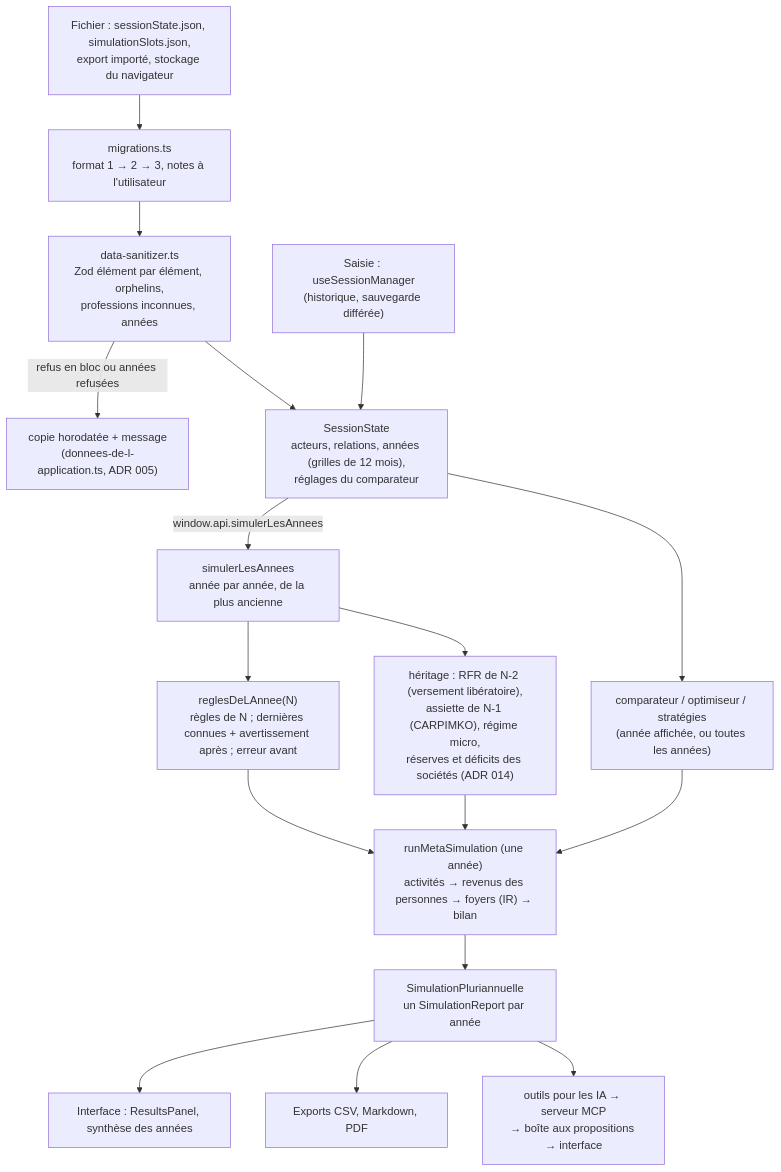
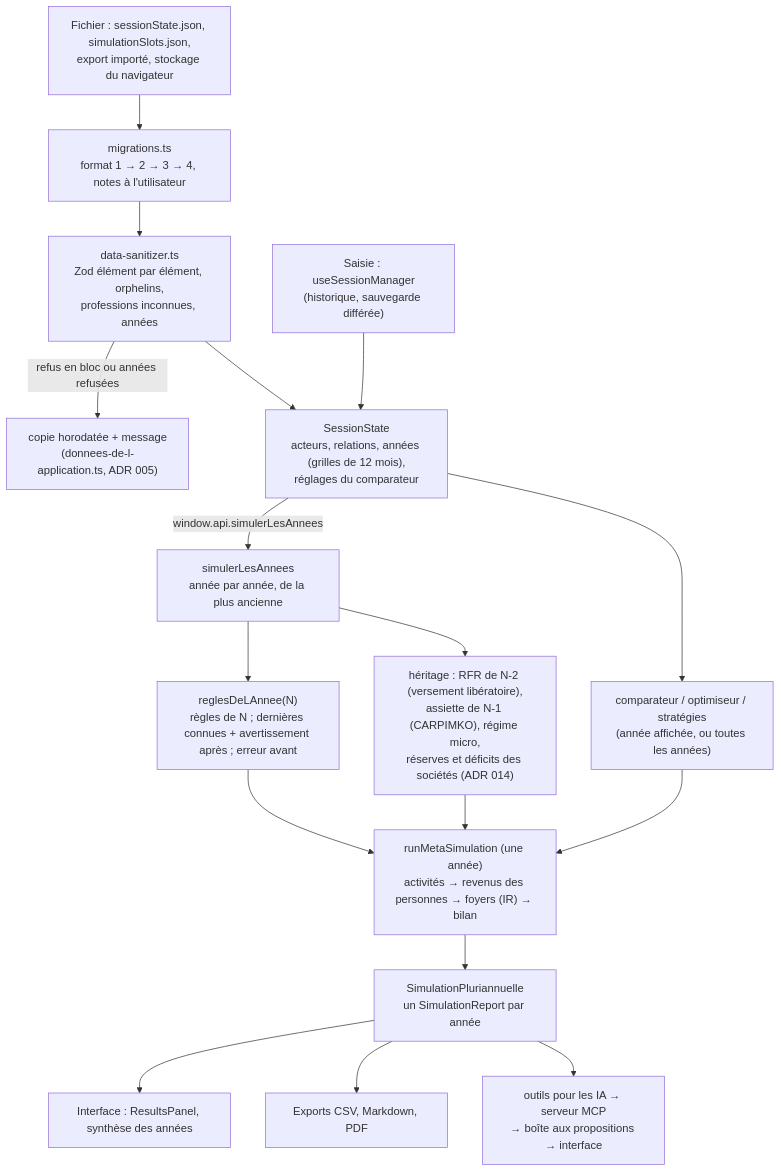
Before and after one commit to DamienBecherini/simulateur-independant-fr: the second of 2 diagrams in documentation/GUIDE_DEVELOPPEUR.md, drawn with Mermaid. The commit also changed other lines of this file and 24 other files, not shown here.

````diff
--- a/documentation/GUIDE_DEVELOPPEUR.md
+++ b/documentation/GUIDE_DEVELOPPEUR.md
@@ -160,19 +160,19 @@
 ```mermaid
 flowchart TD
-  F["Fichier : sessionState.json, simulationSlots.json,<br/>export importé, stockage du navigateur"] --> MIG["migrations.ts<br/>format 1 → 2 → 3, notes à l'utilisateur"]
+  F["Fichier : sessionState.json, simulationSlots.json,<br/>export importé, stockage du navigateur"] --> MIG["migrations.ts<br/>format 1 → 2 → 3 → 4, notes à l'utilisateur"]
   MIG --> SAN["data-sanitizer.ts<br/>Zod élément par élément, orphelins,<br/>professions inconnues, années"]
   SAN -->|"refus en bloc ou années refusées"| COPIE["copie horodatée + message<br/>(donnees-de-l-application.ts, ADR 005)"]
   SAN --> S["SessionState<br/>acteurs, relations, années (grilles de 12 mois),<br/>réglages du comparateur"]
   SAISIE["Saisie : useSessionManager<br/>(historique, sauvegarde différée)"] --> S
   S -->|"window.api.simulerLesAnnees"| P["simulerLesAnnees<br/>année par année, de la plus ancienne"]
   P --> RA["reglesDeLAnnee(N)<br/>règles de N ; dernières connues + avertissement après ; erreur avant"]
   P --> H["héritage : RFR de N-2 (versement libératoire),<br/>assiette de N-1 (CARPIMKO), régime micro,<br/>réserves et déficits des sociétés (ADR 014)"]
   RA --> E["runMetaSimulation (une année)<br/>activités → revenus des personnes → foyers (IR) → bilan"]
   H --> E
   E --> RES["SimulationPluriannuelle<br/>un SimulationReport par année"]
   RES --> UI["Interface : ResultsPanel, synthèse des années"]
   RES --> EXP["Exports CSV, Markdown, PDF"]
   S --> C["comparateur / optimiseur / stratégies<br/>(année affichée, ou toutes les années)"]
   C --> E
   RES --> OUT["outils pour les IA → serveur MCP<br/>→ boîte aux propositions → interface"]
 ```
````
